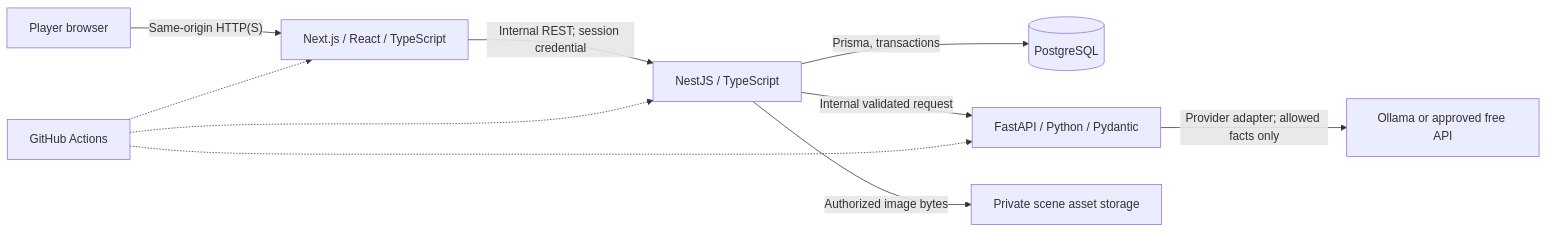
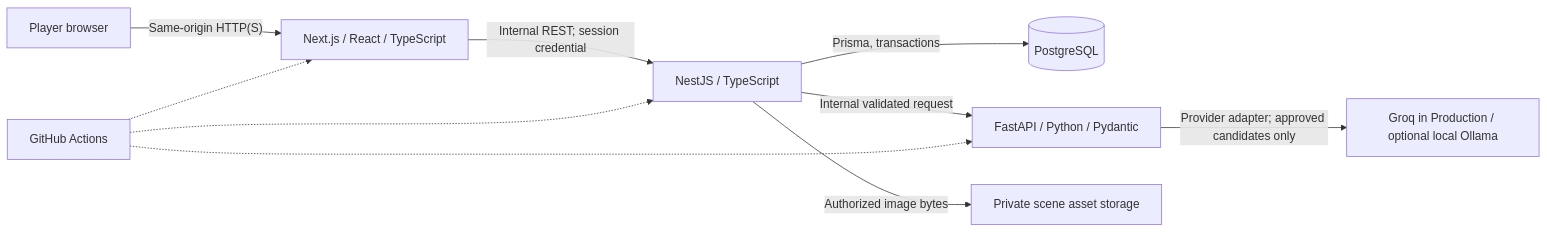
Before and after one commit to AlexandroLeao/ami-108: the second of 5 diagrams in docs/architecture/system-design.md, drawn with Mermaid. The commit also changed other lines of this file and 12 other files, not shown here.

````diff
--- a/docs/architecture/system-design.md
+++ b/docs/architecture/system-design.md
@@ -26,12 +26,12 @@
 ```mermaid
 flowchart LR
   Browser["Player browser"] -->|"Same-origin HTTP(S)"| Web["Next.js / React / TypeScript"]
   Web -->|"Internal REST; session credential"| API["NestJS / TypeScript"]
   API -->|"Prisma, transactions"| DB[("PostgreSQL")]
   API -->|"Internal validated request"| AI["FastAPI / Python / Pydantic"]
-  AI -->|"Provider adapter; allowed facts only"| Model["Ollama or approved free API"]
+  AI -->|"Provider adapter; approved candidates only"| Model["Groq in Production / optional local Ollama"]
   API -->|"Authorized image bytes"| Art["Private scene asset storage"]
   GH["GitHub Actions"] -.-> Web
   GH -.-> API
   GH -.-> AI
 ```
````
